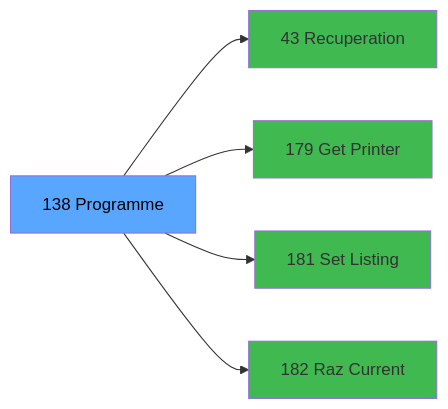
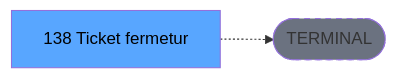
One commit to thonyAGP/lecteur-magic changed the third of 3 diagrams in .openspec/renders/ADH-IDE-138.md. Above: the diagram before and after it, drawn with Mermaid. The commit also changed other lines of this file and 701 other files, not shown here.

````diff
--- a/.openspec/renders/ADH-IDE-138.md
+++ b/.openspec/renders/ADH-IDE-138.md
@@ -152,17 +141,8 @@
 ```mermaid
 graph LR
-    T[138 Programme]
-    C43[43 Recuperation]
-    T --> C43
-    C179[179 Get Printer]
-    T --> C179
-    C181[181 Set Listing ]
-    T --> C181
-    C182[182 Raz Current ]
-    T --> C182
+    T[138 Ticket fermetur]
+    TERM([TERMINAL])
+    T -.-> TERM
+    style TERM fill:#6b7280,stroke-dasharray: 5 5
     style T fill:#58a6ff,color:#000
-    style C43 fill:#3fb950
-    style C179 fill:#3fb950
-    style C181 fill:#3fb950
-    style C182 fill:#3fb950
 ```
````
